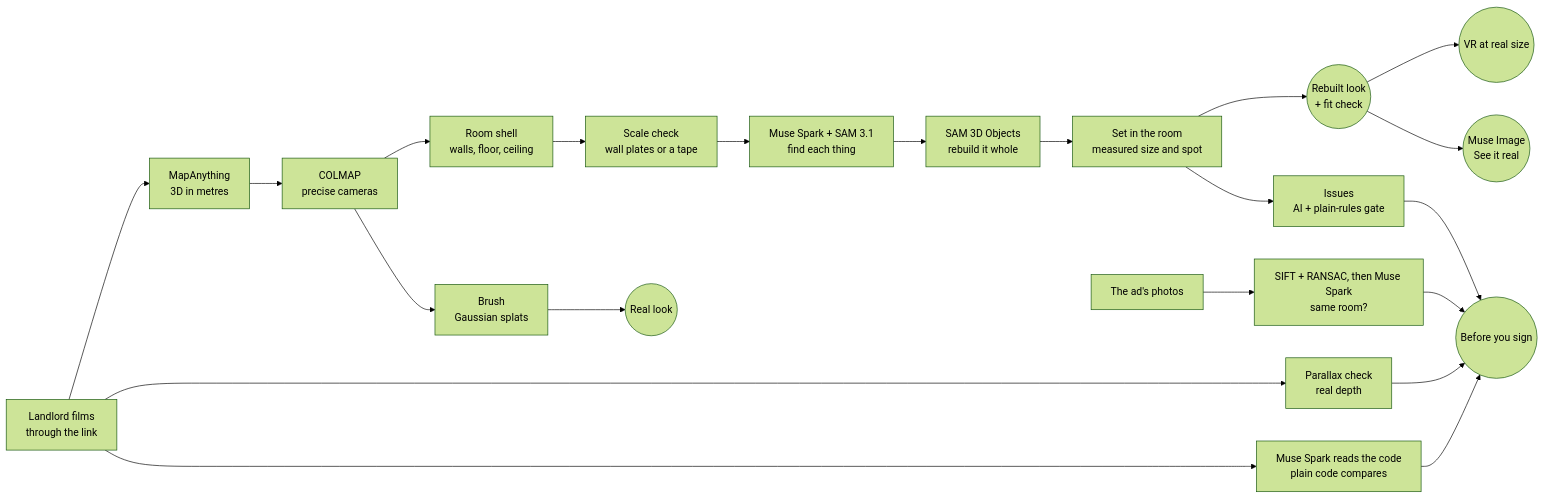
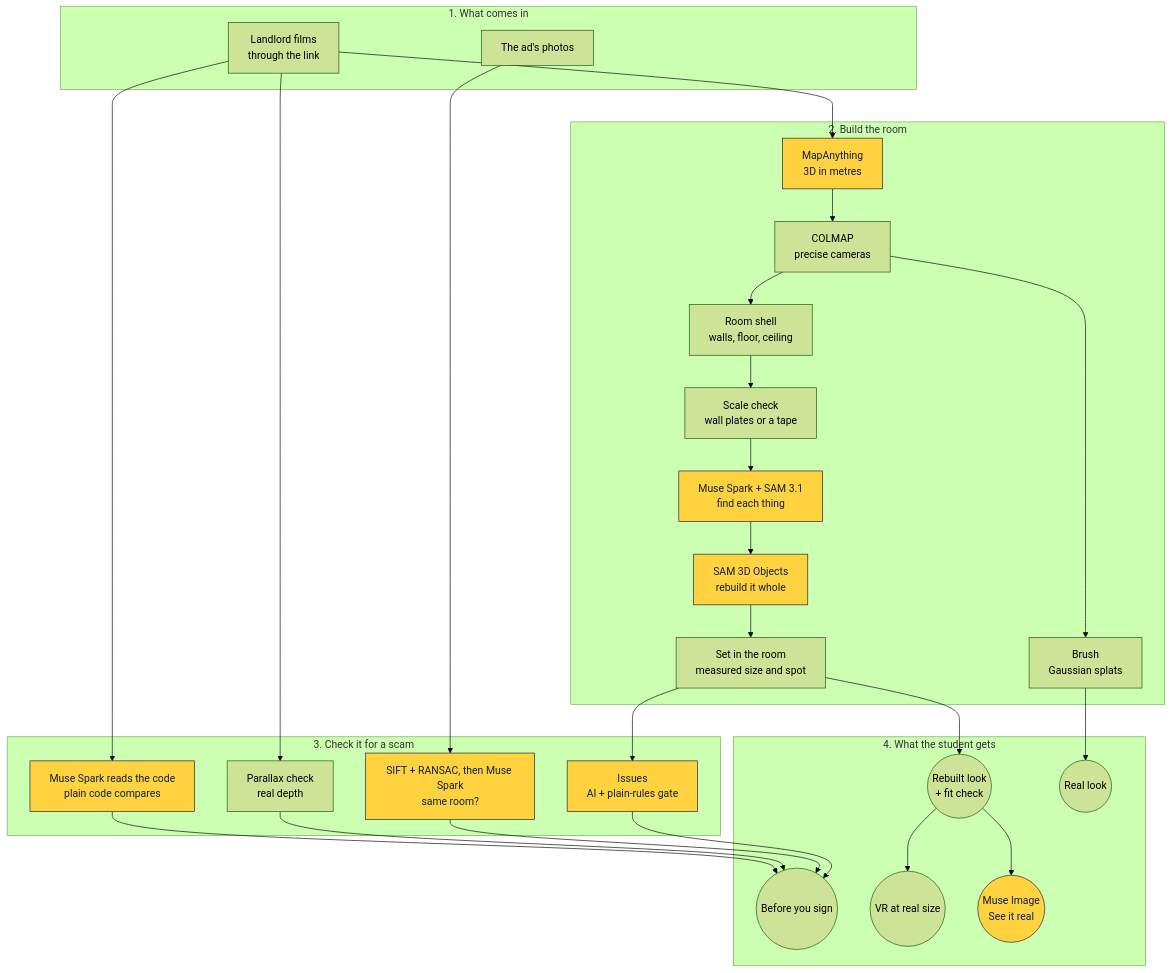
One commit to sidharthnair7/SightSeen changed the diagram in README.md. Above: the diagram before and after it, drawn with Mermaid (forest theme). The commit also changed other lines of this file and 8 other files, not shown here.

````diff
--- a/README.md
+++ b/README.md
@@ -107,23 +117,44 @@
 ```mermaid
-flowchart LR
-    A[Landlord films<br/>through the link] --> B[MapAnything<br/>3D in metres]
-    A --> T[Muse Spark reads the code<br/>plain code compares]
-    B --> C[COLMAP<br/>precise cameras]
-    C --> D[Brush<br/>Gaussian splats]
-    C --> E[Room shell<br/>walls, floor, ceiling]
-    A --> U[Parallax check<br/>real depth]
-    E --> F[Scale check<br/>wall plates or a tape]
-    F --> G[Muse Spark + SAM 3.1<br/>find each thing]
-    G --> H[SAM 3D Objects<br/>rebuild it whole]
-    H --> I[Set in the room<br/>measured size and spot]
-    I --> J[Issues<br/>AI + plain-rules gate]
-    AD[The ad's photos] --> V[SIFT + RANSAC, then Muse Spark<br/>same room?]
-    T --> W((Before you sign))
+flowchart TD
+    subgraph IN["1. What comes in"]
+        A[Landlord films<br/>through the link]
+        AD[The ad's photos]
+    end
+    subgraph BUILD["2. Build the room"]
+        B[MapAnything<br/>3D in metres] --> C[COLMAP<br/>precise cameras]
+        C --> E[Room shell<br/>walls, floor, ceiling]
+        E --> F[Scale check<br/>wall plates or a tape]
+        F --> G[Muse Spark + SAM 3.1<br/>find each thing]
+        G --> H[SAM 3D Objects<br/>rebuild it whole]
+        H --> I[Set in the room<br/>measured size and spot]
+        C --> D[Brush<br/>Gaussian splats]
+    end
+    subgraph CHECK["3. Check it for a scam"]
+        T[Muse Spark reads the code<br/>plain code compares]
+        U[Parallax check<br/>real depth]
+        V[SIFT + RANSAC, then Muse Spark<br/>same room?]
+        J[Issues<br/>AI + plain-rules gate]
+    end
+    subgraph OUT["4. What the student gets"]
+        W((Before you sign))
+        L((Rebuilt look<br/>+ fit check))
+        K((Real look))
+        N((VR at real size))
+        R((Muse Image<br/>See it real))
+    end
+    A --> B
+    A --> T
+    A --> U
+    AD --> V
+    I --> J
+    T --> W
     U --> W
     V --> W
     J --> W
-    D --> K((Real look))
-    I --> L((Rebuilt look<br/>+ fit check))
-    L --> N((VR at real size))
-    L --> R((Muse Image<br/>See it real))
+    I --> L
+    D --> K
+    L --> N
+    L --> R
+    classDef meta fill:#ffd23f,stroke:#0f1f38,color:#0f1f38
+    class B,G,H,T,V,J,R meta
 ```
````
